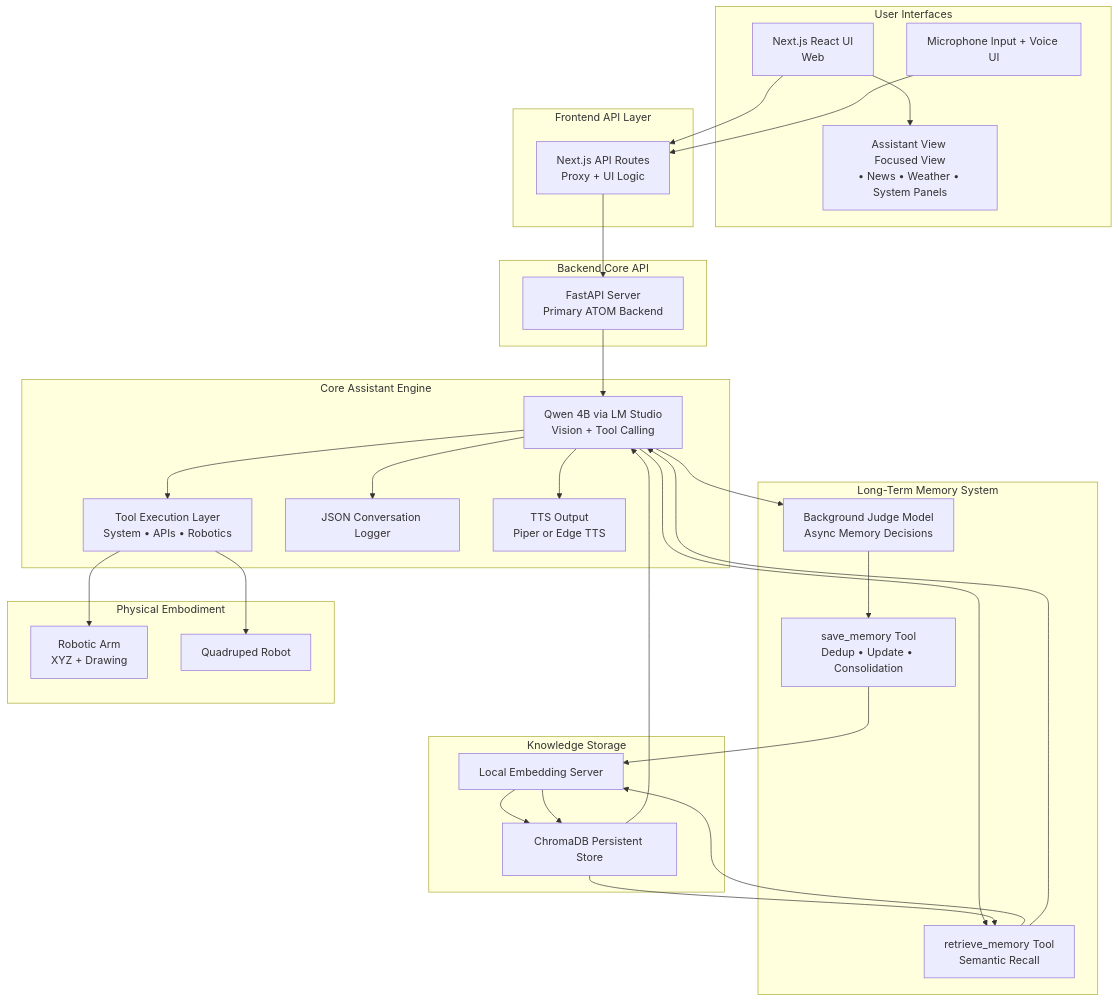
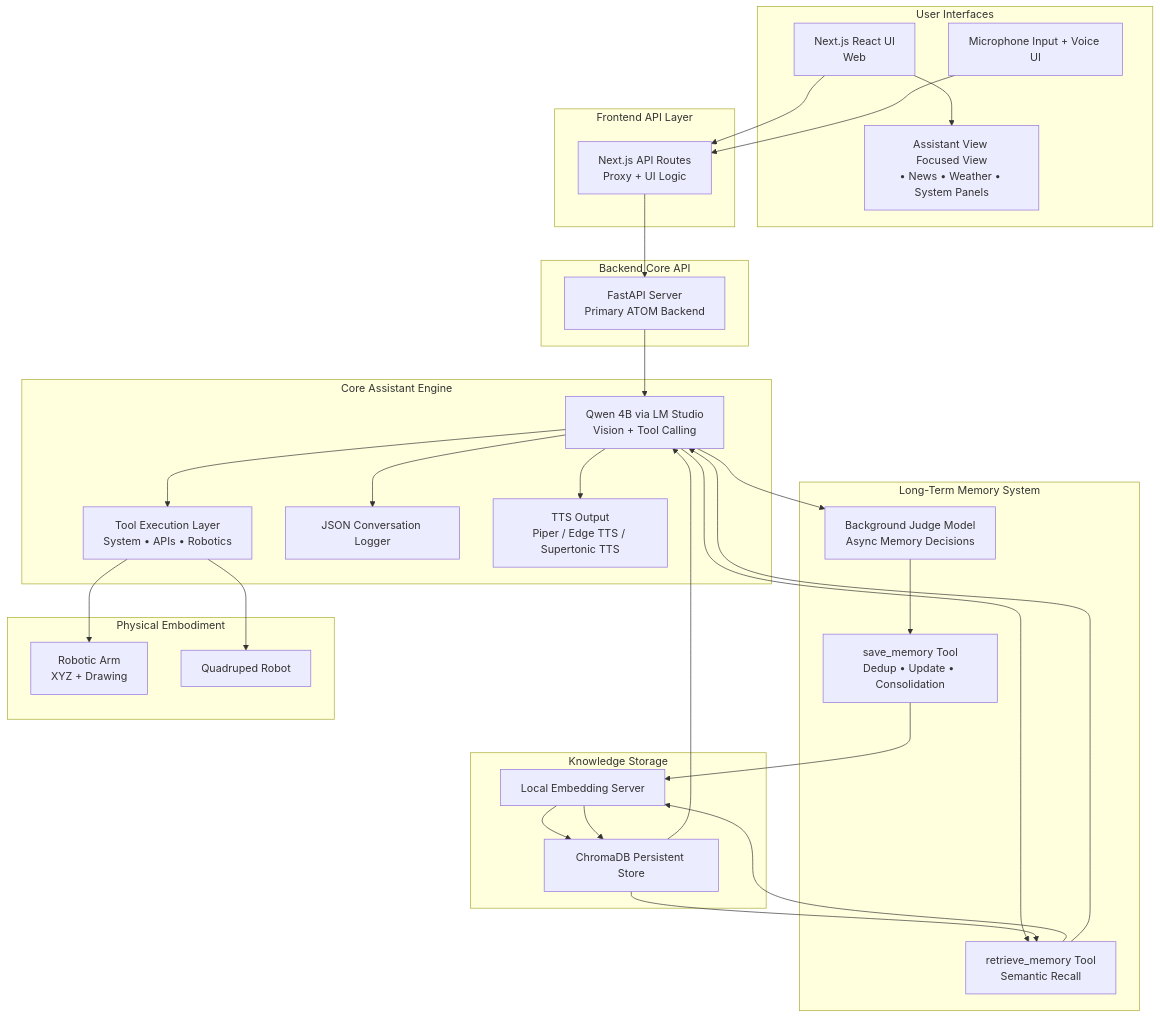
One commit to AtifUsmani/A.T.O.M changed the diagram in README.md. Above: the diagram before and after it, drawn with Mermaid.

Commit message:
Update Mermaid graph in README

```diff
--- a/README.md
+++ b/README.md
@@ -325,7 +325,7 @@
     LLM[Qwen 4B via LM Studio<br/>Vision + Tool Calling]
     TOOLS[Tool Execution Layer<br/>System • APIs • Robotics]
     LOGGER[JSON Conversation Logger]
-    TTS[TTS Output<br/>Piper or Edge TTS]
+    TTS[TTS Output<br/>Piper / Edge TTS / Supertonic TTS]
 end
 
 
```
